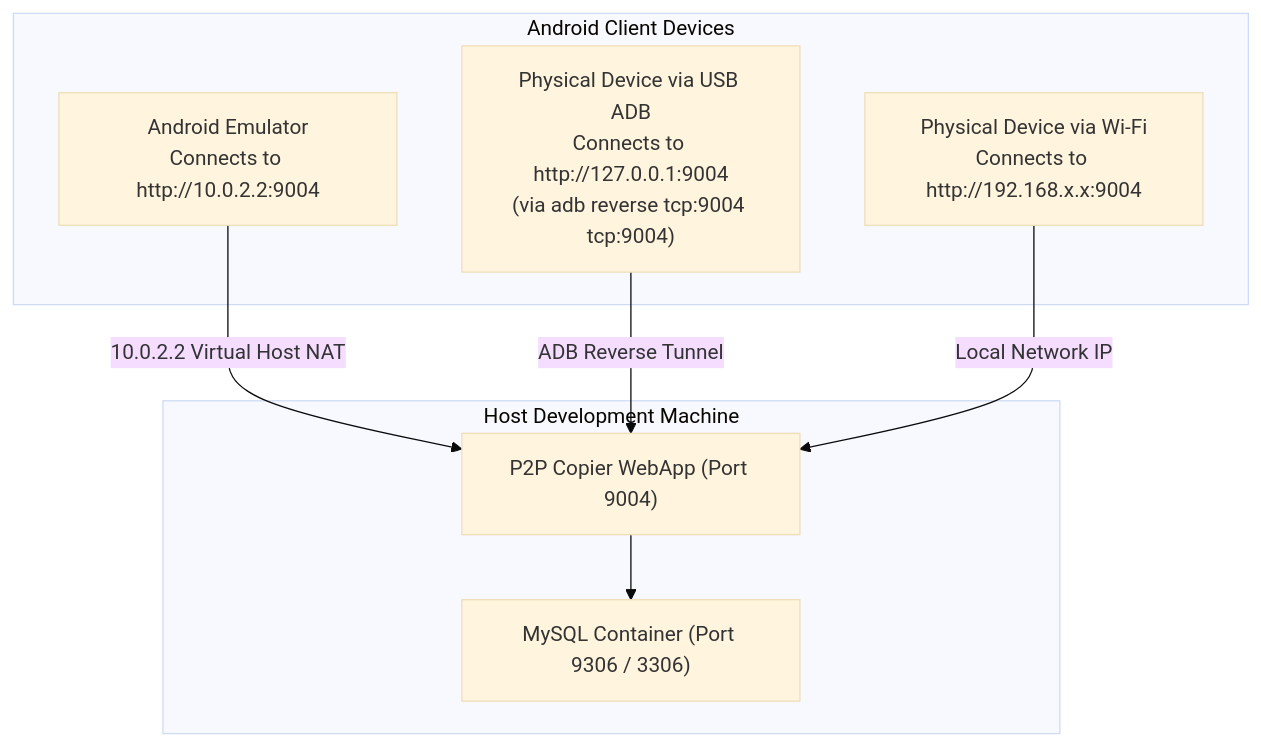
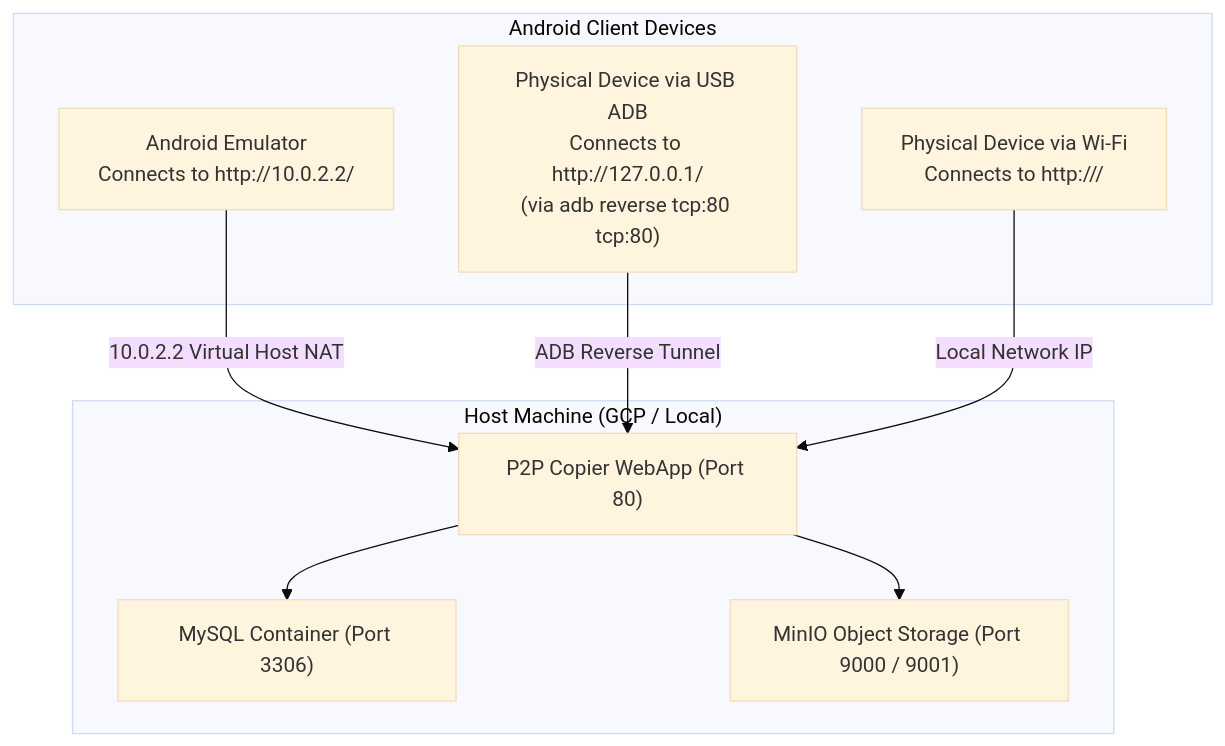
Before and after one commit to Niccher/PC-to-Phone-Copier-WebApp: the third of 3 diagrams in docs/architecture/communication.md, drawn with Mermaid (base theme). The commit also changed other lines of this file and 25 other files, not shown here.

````diff
--- a/docs/architecture/communication.md
+++ b/docs/architecture/communication.md
@@ -88,18 +89,20 @@
 ```mermaid
 flowchart TD
-    subgraph Host["Host Development Machine"]
-        ServerApp["P2P Copier WebApp (Port 9004)"]
-        MySQLApp["MySQL Container (Port 9306 / 3306)"]
+    subgraph Host["Host Machine (GCP / Local)"]
+        ServerApp["P2P Copier WebApp (Port 80)"]
+        MySQLApp["MySQL Container (Port 3306)"]
+        MinIOApp["MinIO Object Storage (Port 9000 / 9001)"]
     end
 
     subgraph AndroidClient["Android Client Devices"]
-        Emulator["Android Emulator\nConnects to http://10.0.2.2:9004"]
-        PhysicalUSB["Physical Device via USB ADB\nConnects to http://127.0.0.1:9004\n(via adb reverse tcp:9004 tcp:9004)"]
-        PhysicalLAN["Physical Device via Wi-Fi\nConnects to http://192.168.x.x:9004"]
+        Emulator["Android Emulator\nConnects to http://10.0.2.2/"]
+        PhysicalUSB["Physical Device via USB ADB\nConnects to http://127.0.0.1/\n(via adb reverse tcp:80 tcp:80)"]
+        PhysicalLAN["Physical Device via Wi-Fi\nConnects to http://<host-ip>/"]
     end
 
     Emulator -->|10.0.2.2 Virtual Host NAT| ServerApp
     PhysicalUSB -->|ADB Reverse Tunnel| ServerApp
     PhysicalLAN -->|Local Network IP| ServerApp
     ServerApp --> MySQLApp
+    ServerApp --> MinIOApp
 ```
````
